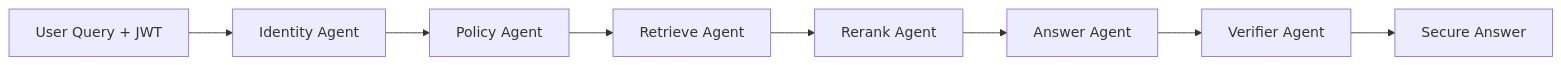
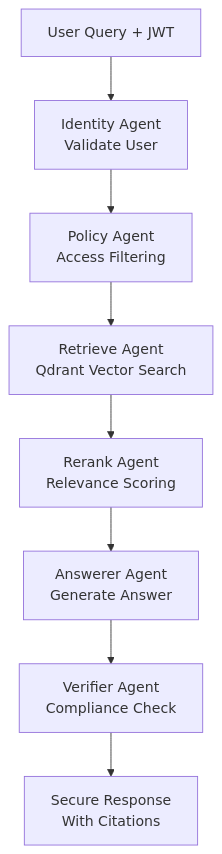
The second of 4 diagrams in README.md (ssdeanx/secure-rag-multi-agent), drawn with Mermaid before and after one commit. The commit also changed other lines of this file and 8 other files, not shown here.

First line of the commit message:
feat: Add API reference and architecture documentation for Mastra Governed RAG

````diff
--- a/README.md
+++ b/README.md
@@ -44,10 +76,10 @@
 ```mermaid
-graph LR
-    A[User Query + JWT] --> B[Identity Agent]
-    B --> C[Policy Agent]
-    C --> D[Retrieve Agent]
-    D --> E[Rerank Agent]
-    E --> F[Answer Agent]
-    F --> G[Verifier Agent]
-    G --> H[Secure Answer]
+flowchart TD
+    A[User Query + JWT] --> B[Identity Agent<br/>Validate User]
+    B --> C[Policy Agent<br/>Access Filtering]
+    C --> D[Retrieve Agent<br/>Qdrant Vector Search]
+    D --> E[Rerank Agent<br/>Relevance Scoring]
+    E --> F[Answerer Agent<br/>Generate Answer]
+    F --> G[Verifier Agent<br/>Compliance Check]
+    G --> H[Secure Response<br/>With Citations]
 ```
````
